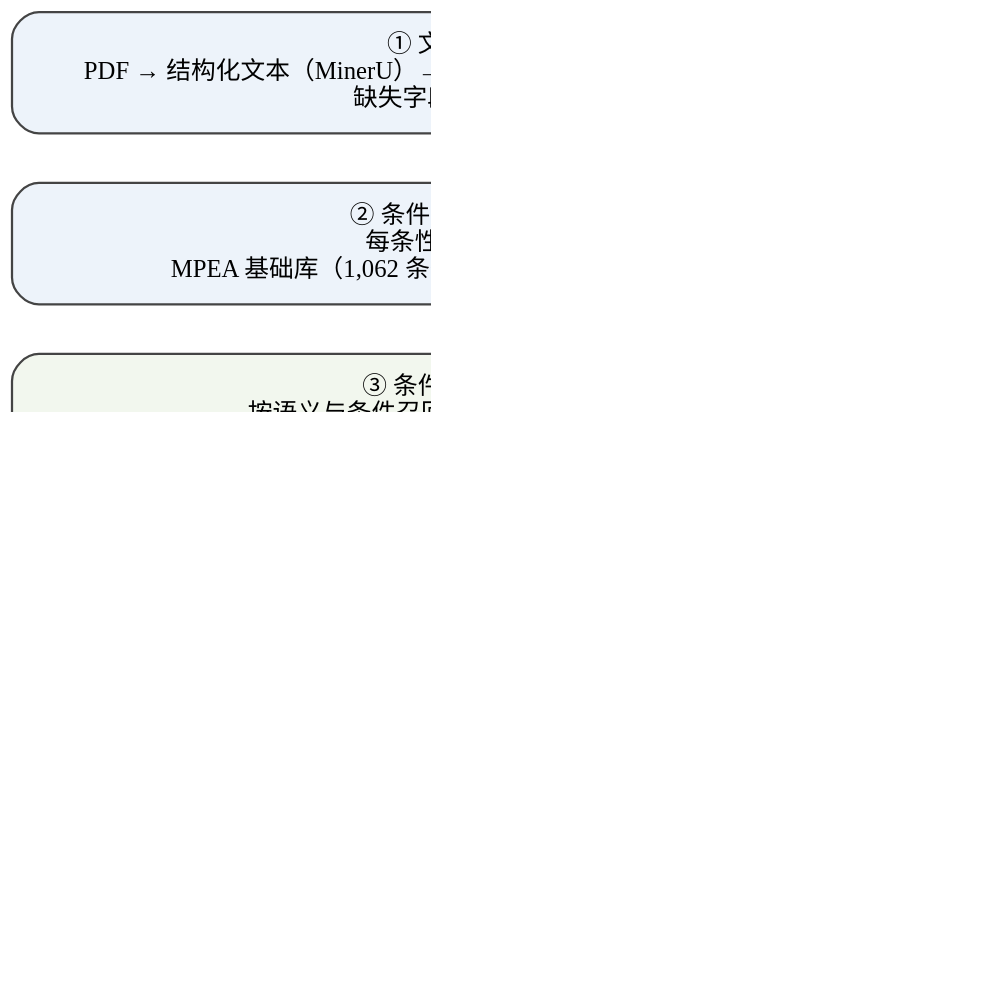
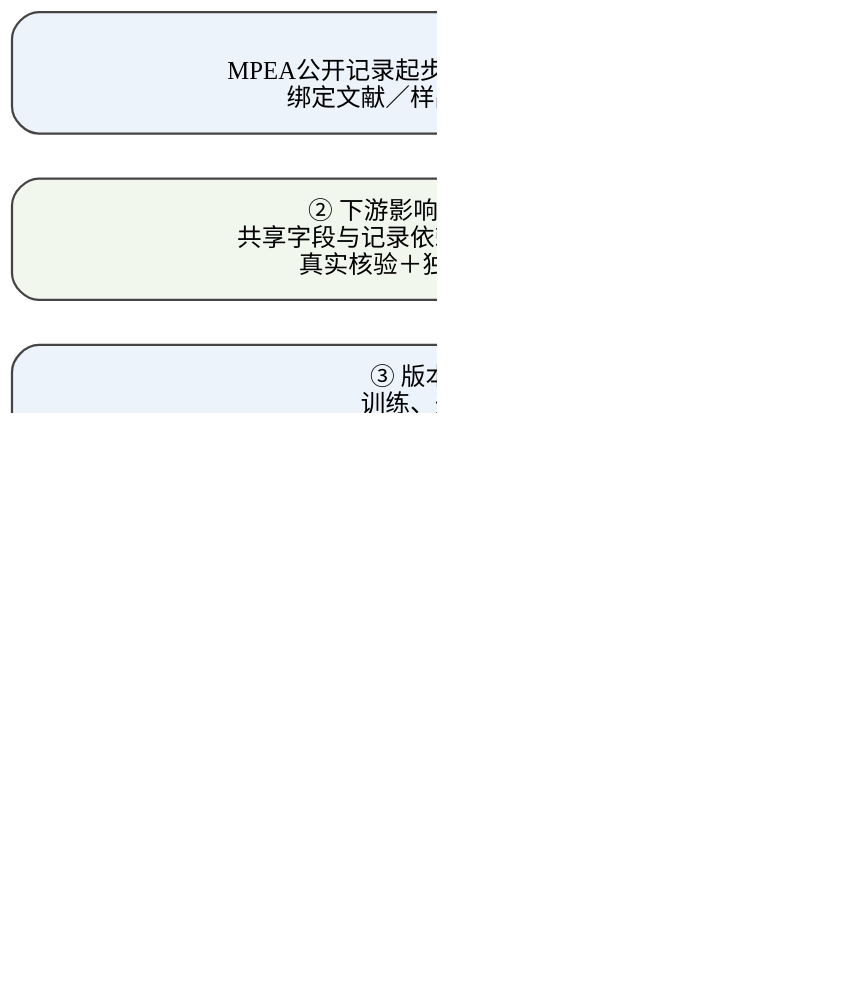
Before and after one commit to ywb-git/my-paper: the diagram in 开题报告_领域小模型蒸馏与知识增强/V4_范本对齐_2026-10-26/技术路线.dot, drawn with Graphviz. The commit also changed 8 other files, not shown here.

```diff
--- a/开题报告_领域小模型蒸馏与知识增强/V4_范本对齐_2026-10-26/技术路线.dot
+++ b/开题报告_领域小模型蒸馏与知识增强/V4_范本对齐_2026-10-26/技术路线.dot
@@ -1,13 +1,12 @@
 digraph G {
-  graph [rankdir=TB, bgcolor="white", nodesep=0.3, ranksep=0.3, dpi=180];
-  node [shape=box, style="rounded,filled", fontname="SimSun", fontsize=11,
-        fillcolor="#FFFFFF", color="#444444", margin="0.2,0.13", width=6.5];
+  graph [rankdir=TB, bgcolor="white", nodesep=0.26, ranksep=0.28, dpi=180];
+  node [shape=box, style="rounded,filled", fontname="SimSun", fontsize=11, color="#444444", fillcolor="white", width=6.6, margin="0.18,0.12"];
   edge [color="#555555", arrowsize=0.7];
-  a [label="① 文献解析与条件字段抽取\nPDF → 结构化文本（MinerU）→ 抽取成分、性能、测试温度、制备工艺、试验类型\n缺失字段标注为未知，不默认填充", fillcolor="#EDF3FA"];
-  b [label="② 条件字段绑定与本地知识库构建\n每条性能记录绑定三类条件字段\nMPEA 基础库（1,062 条条件完整记录）＋ 约两万篇论文语料补充库", fillcolor="#EDF3FA"];
-  c [label="③ 条件感知检索（研究内容一）\n按语义与条件召回候选 → 规则判定相符／冲突／未知\n已知冲突候选 5,881 对（另 1,571 对为缺失，不计入冲突）", fillcolor="#F2F7EE"];
-  d [label="④ 条件处置与答案生成（研究内容二）\n规则弱标签（仅标注起点）＋ 人工核验确定最终处置\n教师示范逐项说明槽位冲突／问题意图／证据角色 → 小模型蒸馏补位", fillcolor="#FBF3EC"];
-  e [label="⑤ 多步 Agent 执行与决策留痕（验证载体）\n固定动作空间：检索／条件判定／证据取舍／澄清追问／终止作答\n逐轮保存状态与动作依据；执行器不主张算法创新", fillcolor="#F5EEF8"];
-  f [label="⑥ 评估与归因\n主指标：分问题类型答案正确率；正确性与标注完整性分开计分\n同题受控加减干扰度量条件处理作用；补充指标：任务完成度\n错误三类归因、Oracle 设置分离检索与生成环节", fillcolor="#EFEFEF", penwidth=1.5];
+  a [label="① 资料与来源绑定\nMPEA公开记录起步；获准全文补充表格、表注与工艺信息\n绑定文献／样品／性质／条件，保留未知和版本", fillcolor="#EDF3FA"];
+  b [label="② 下游影响驱动的核验调度（拟创新点二）\n共享字段与记录依赖 → 动作成本和预计帮助 → 预算选择\n真实核验＋独立抽检；疑点不等于已确认错误", fillcolor="#F2F7EE"];
+  c [label="③ 版本化知识库与固定检索召回\n训练、开发、测试按来源关联隔离\n生成经核验的原片段／条件摘录／紧凑卡片及其依赖闭包", fillcolor="#EDF3FA"];
+  d [label="④ 条件依赖闭包下的多粒度证据装配（拟创新点一）\n支持效用＋版本互斥＋必需依赖＋共享token成本\n小池参考求解／限时启发式 → 完整序列token复验\n保留数值时必须保留适用条件，不靠截断破坏闭包", fillcolor="#F2F7EE"];
+  e [label="⑤ 任务蒸馏与本地多步Agent（支撑与载体）\n经核验的完整证据包 → 小模型SFT → 有依据回答\n固定查询、核对、装配、澄清、终止动作，逐轮留痕", fillcolor="#FBF3EC"];
+  f [label="⑥ 来源留出验证与完整成本\n同字段强基线；装配／核验／训练分离与交叉消融\n答案正确率＋条件保留＋真实核验收益＋token与耗时\n当前为研究计划；无新算法有效性或材料性能实测", fillcolor="#EFEFEF", penwidth=1.4];
   a -> b -> c -> d -> e -> f;
 }
```
